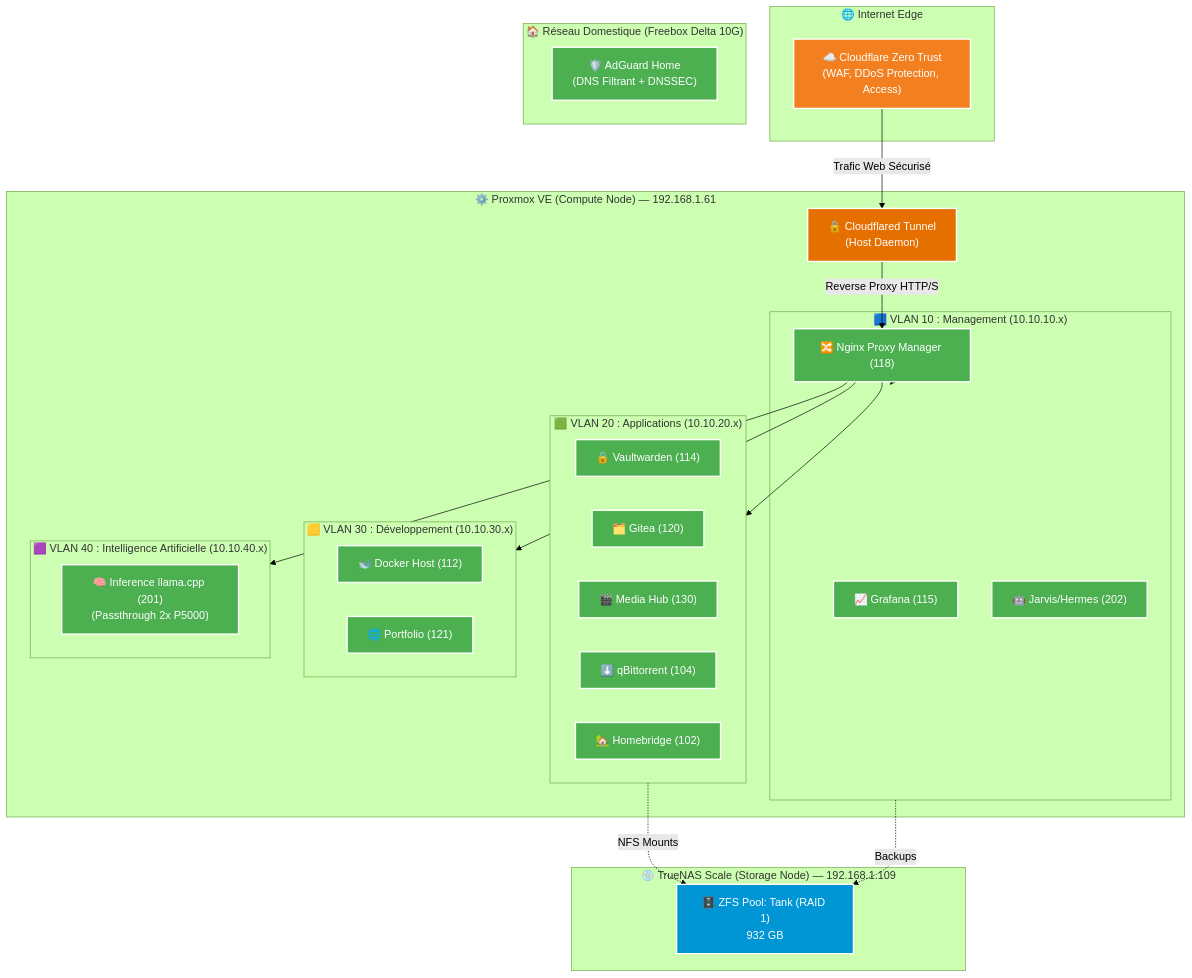
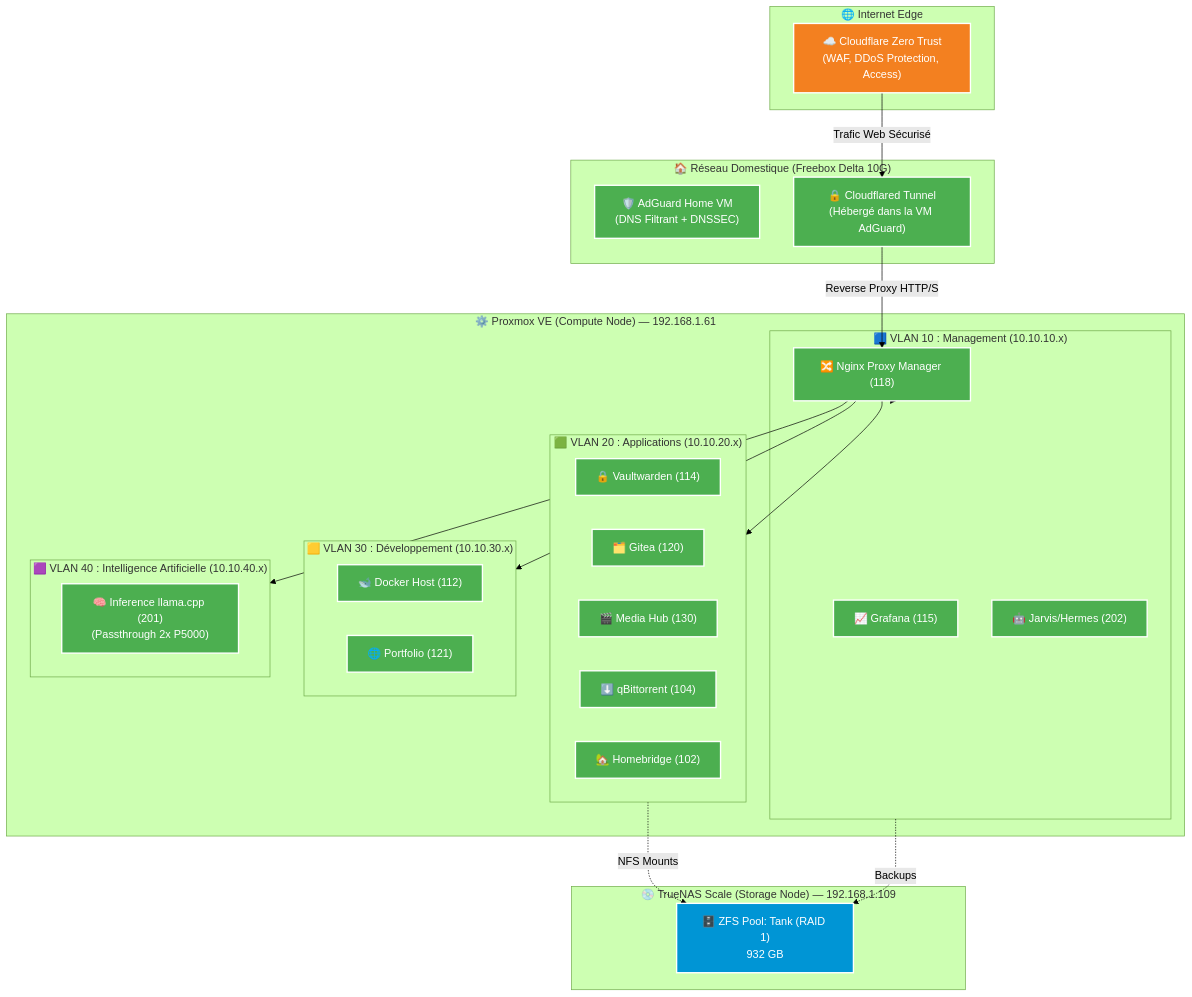
One commit to Kyworn/ZorkoLab changed the diagram in README.md. Above: the diagram before and after it, drawn with Mermaid (forest theme).

Commit message:
docs: correctly place Cloudflare Tunnel daemon inside AdGuard VM in architecture diagram

````diff
--- a/README.md
+++ b/README.md
@@ -17,60 +17,60 @@
 ```mermaid
 graph TD
     %% Styles
     classDef cloud fill:#F38020,stroke:#fff,stroke-width:2px,color:#fff
     classDef pve fill:#E57000,stroke:#fff,stroke-width:2px,color:#fff
     classDef truenas fill:#0095D5,stroke:#fff,stroke-width:2px,color:#fff
     classDef lxc fill:#4CAF50,stroke:#fff,stroke-width:2px,color:#fff
     classDef vlan fill:#2c3e50,stroke:#bdc3c7,stroke-width:2px,color:#fff,stroke-dasharray: 5 5
 
     subgraph Internet ["🌐 Internet Edge"]
         CF["☁️ Cloudflare Zero Trust<br/>(WAF, DDoS Protection, Access)"]:::cloud
     end
 
     subgraph Network ["🏠 Réseau Domestique (Freebox Delta 10G)"]
-        ADG["🛡️ AdGuard Home<br/>(DNS Filtrant + DNSSEC)"]:::lxc
+        ADG["🛡️ AdGuard Home VM<br/>(DNS Filtrant + DNSSEC)"]:::lxc
+        CF_TUN["🔒 Cloudflared Tunnel<br/>(Hébergé dans la VM AdGuard)"]:::lxc
     end
 
     subgraph Proxmox ["⚙️ Proxmox VE (Compute Node) — 192.168.1.61"]
-        CF_TUN["🔒 Cloudflared Tunnel<br/>(Host Daemon)"]:::pve
 
         subgraph VLAN10 ["🟦 VLAN 10 : Management (10.10.10.x)"]
             NPM["🔀 Nginx Proxy Manager (118)"]:::lxc
             GRAF["📈 Grafana (115)"]:::lxc
             JARVIS["🤖 Jarvis/Hermes (202)"]:::lxc
         end
 
         subgraph VLAN20 ["🟩 VLAN 20 : Applications (10.10.20.x)"]
             VAULT["🔒 Vaultwarden (114)"]:::lxc
             GIT["🗂️ Gitea (120)"]:::lxc
             MEDIA["🎬 Media Hub (130)"]:::lxc
             QBIT["⬇️ qBittorrent (104)"]:::lxc
             HB["🏡 Homebridge (102)"]:::lxc
         end
 
         subgraph VLAN30 ["🟨 VLAN 30 : Développement (10.10.30.x)"]
             DOCKER["🐋 Docker Host (112)"]:::lxc
             PORTFOLIO["🌐 Portfolio (121)"]:::lxc
         end
 
         subgraph VLAN40 ["🟪 VLAN 40 : Intelligence Artificielle (10.10.40.x)"]
             INFER["🧠 Inference llama.cpp (201)<br/>(Passthrough 2x P5000)"]:::lxc
         end
     end
 
     subgraph Storage ["💿 TrueNAS Scale (Storage Node) — 192.168.1.109"]
         ZFS["🗄️ ZFS Pool: Tank (RAID 1)<br/>932 GB"]:::truenas
     end
 
     %% Routing
     CF -->|Trafic Web Sécurisé| CF_TUN
     CF_TUN -->|Reverse Proxy HTTP/S| NPM
     
     NPM --> VLAN10
     NPM --> VLAN20
     NPM --> VLAN30
     NPM --> VLAN40
     
     VLAN20 -.->|NFS Mounts| ZFS
     VLAN10 -.->|Backups| ZFS
 ```
````
